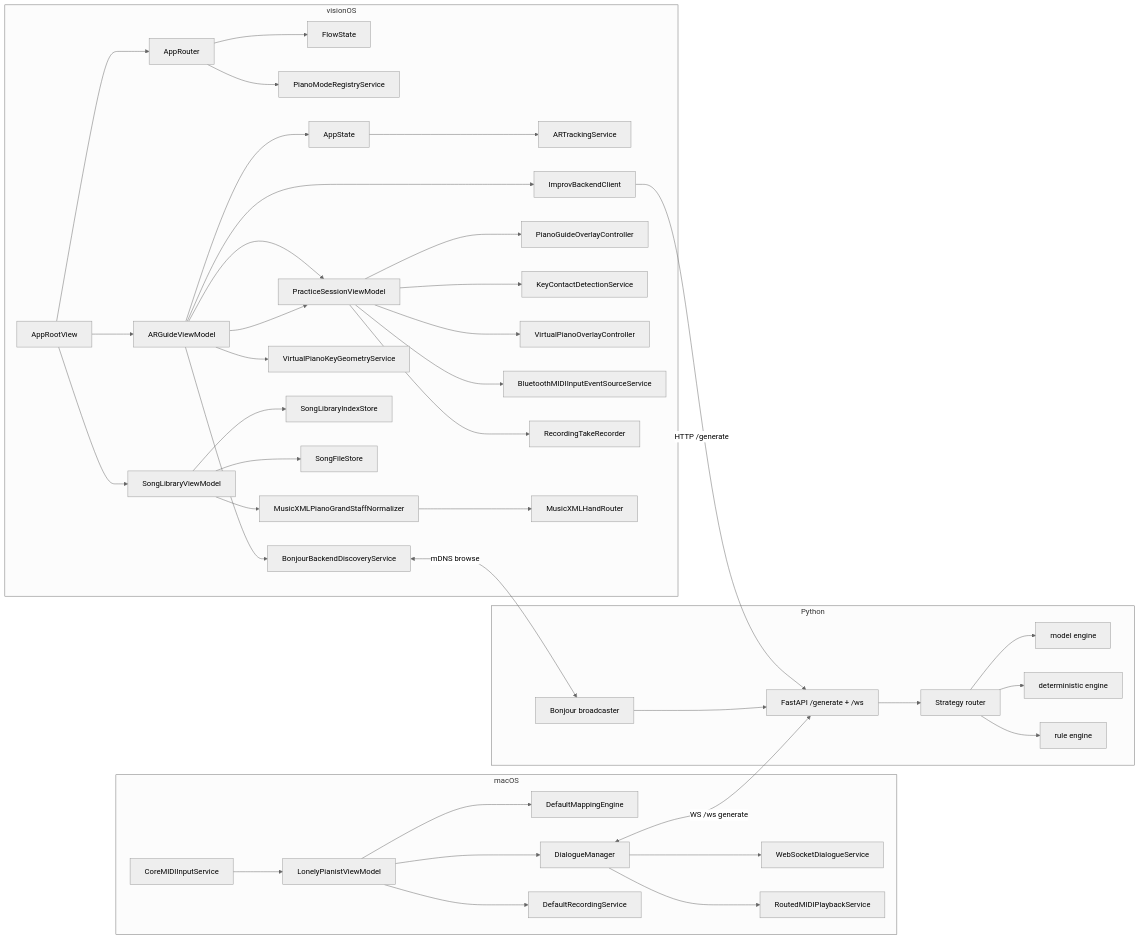
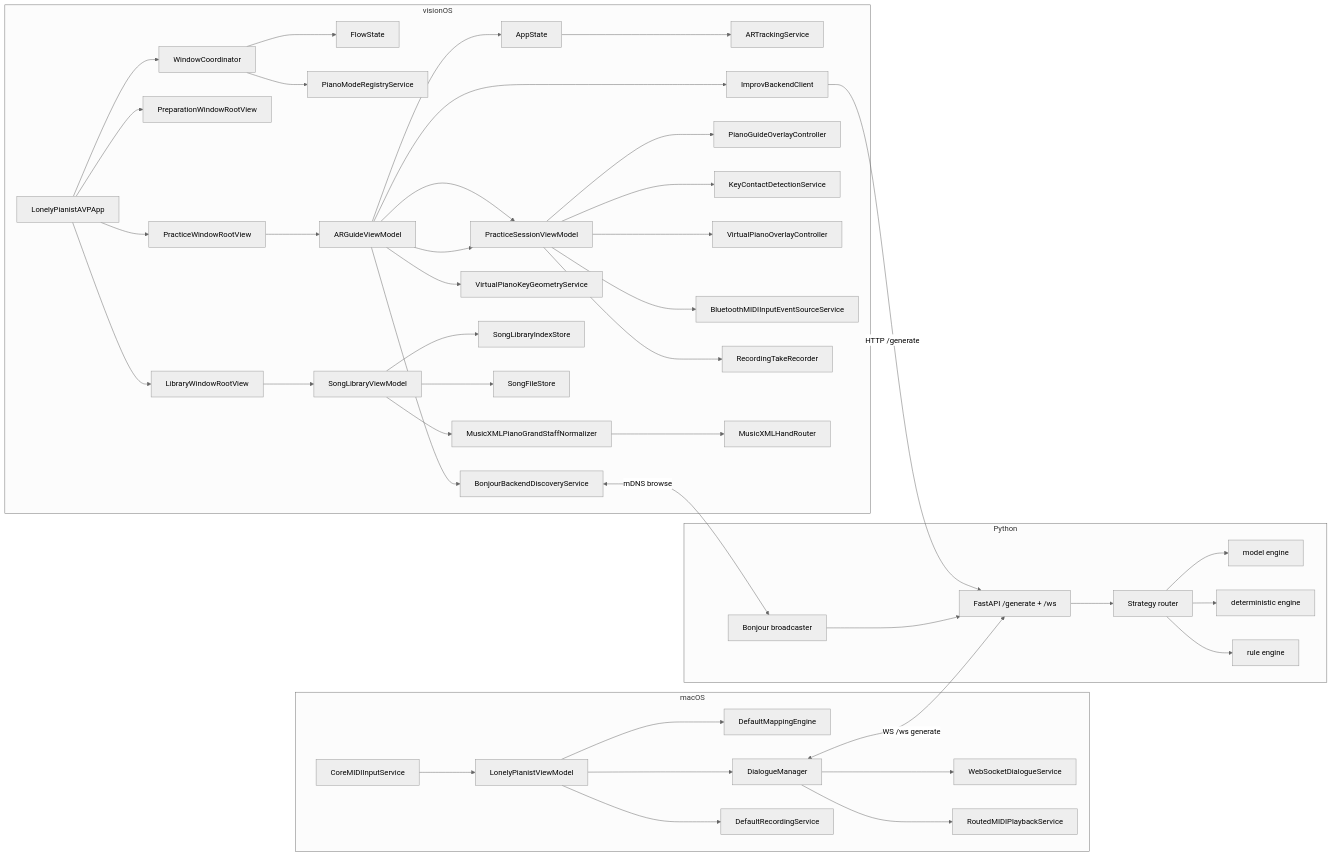
The diagram in .github/deepwiki/architecture.md (chiimagnus/HappyPianist), drawn with Mermaid (neutral theme) before and after one commit. The commit also changed other lines of this file and 23 other files, not shown here.

Commit message:
docs(deepwiki): 移除 Update Notes 并更新 AVP 窗口与视图引用

````diff
--- a/.github/deepwiki/architecture.md
+++ b/.github/deepwiki/architecture.md
@@ -46,47 +46,50 @@
 ```mermaid
 flowchart LR
   subgraph macOS
     A[CoreMIDIInputService] --> B[LonelyPianistViewModel]
     B --> C[DefaultMappingEngine]
     B --> D[DialogueManager]
     B --> E[DefaultRecordingService]
     D --> F[WebSocketDialogueService]
     D --> G[RoutedMIDIPlaybackService]
   end
 
   subgraph visionOS
-    RV[AppRootView] --> RT[AppRouter]
-    RT --> FS[FlowState]
-    RT --> PMR[PianoModeRegistryService]
-    RV --> J[SongLibraryViewModel]
-    RV --> K[ARGuideViewModel]
+    APP[LonelyPianistAVPApp] --> CO[WindowCoordinator]
+    CO --> FS[FlowState]
+    CO --> PMR[PianoModeRegistryService]
+    APP --> PW[PreparationWindowRootView]
+    APP --> LW[LibraryWindowRootView]
+    APP --> PRW[PracticeWindowRootView]
+    LW --> J[SongLibraryViewModel]
+    PRW --> K[ARGuideViewModel]
     K --> AS[AppState]
     AS --> L[ARTrackingService]
     K --> M[PracticeSessionViewModel]
     K --> BD[BonjourBackendDiscoveryService]
     K --> IC[ImprovBackendClient]
     M --> N[PianoGuideOverlayController]
     M --> W[KeyContactDetectionService]
     M --> X[VirtualPianoOverlayController]
     M --> BLE[BluetoothMIDIInputEventSourceService]
     M --> RA[RecordingTakeRecorder]
     K --> Y[VirtualPianoKeyGeometryService]
     J --> O[SongLibraryIndexStore]
     J --> P[SongFileStore]
     J --> NORM[MusicXMLPianoGrandStaffNormalizer]
     NORM --> MHR[MusicXMLHandRouter]
   end
 
   subgraph Python
     QB[Bonjour broadcaster] --> Q[FastAPI /generate + /ws]
     Q --> R[Strategy router]
     R --> E1[model engine]
     R --> E2[deterministic engine]
     R --> E3[rule engine]
   end
 
   D <-->|WS /ws generate| Q
   BD <-->|mDNS browse| QB
   IC -->|HTTP /generate| Q
   K --> M
 ```
````
